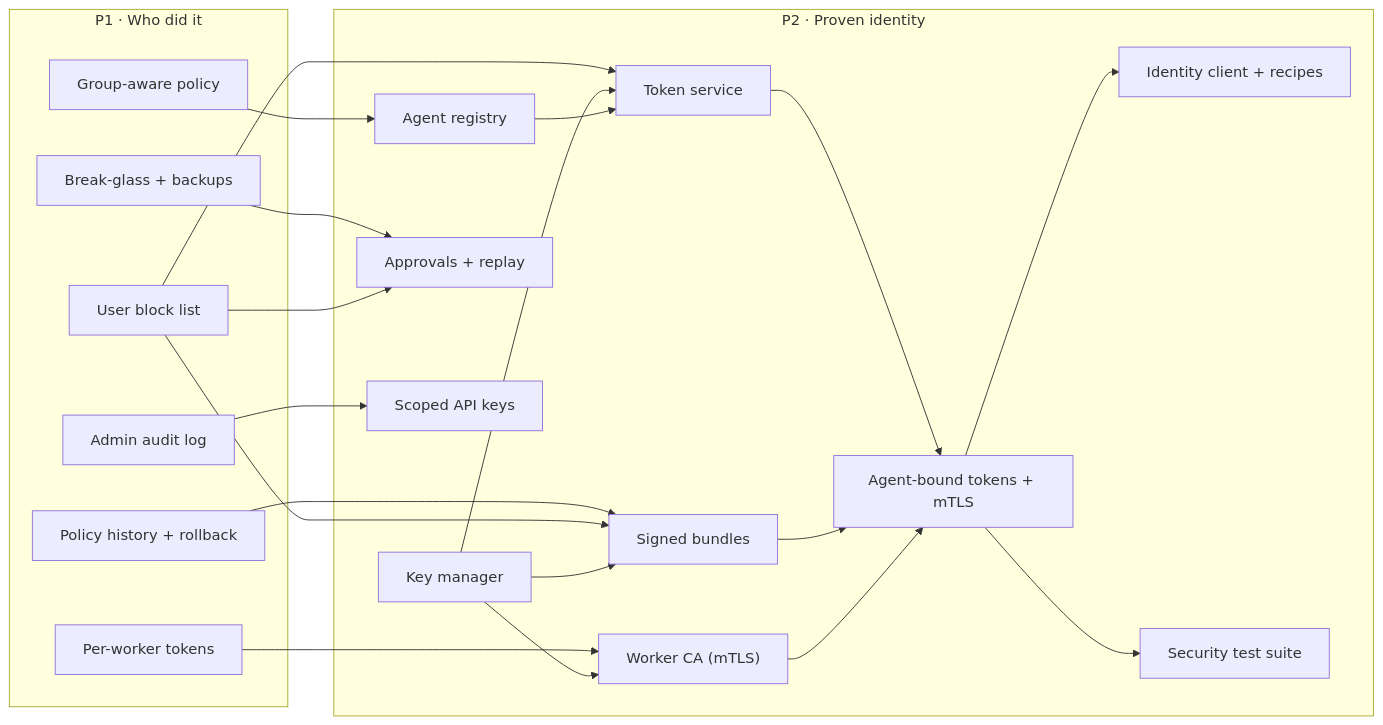
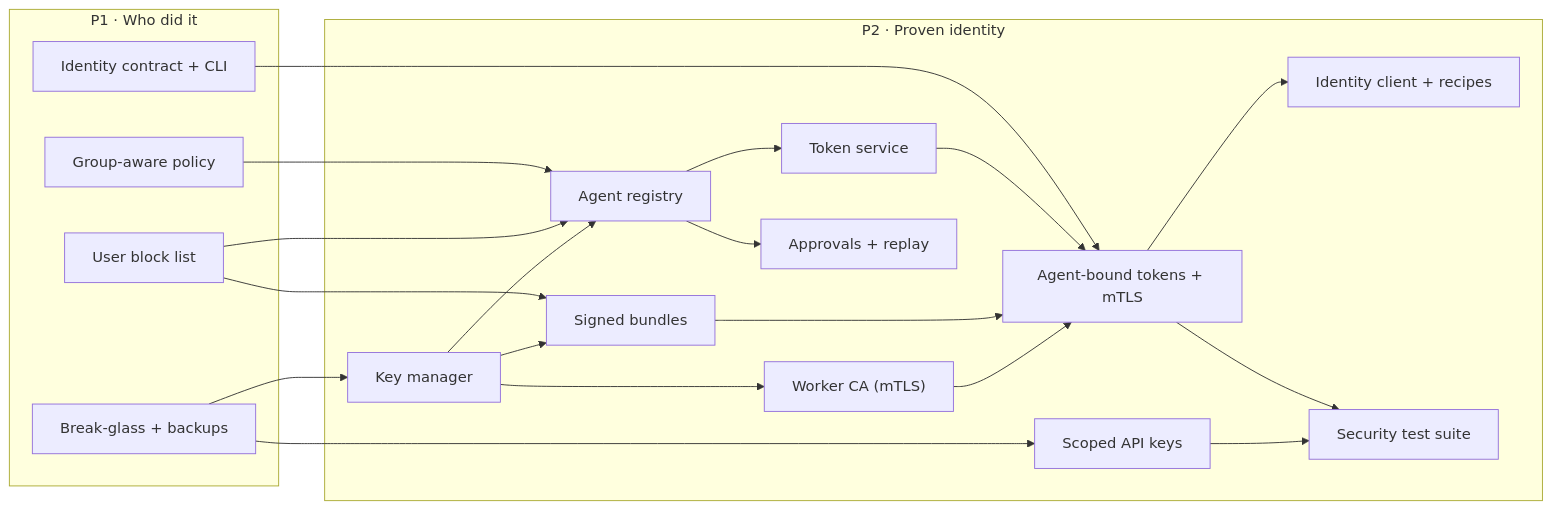
One commit to ethosagent/warden changed the second of 5 diagrams in docs/roadmap/README.md. Above: the diagram before and after it, drawn with Mermaid. The commit also changed other lines of this file and 22 other files, not shown here.

First line of the commit message:
docs(roadmap): review Phase 2 tickets with requirements, plans and acceptance

````diff
--- a/docs/roadmap/README.md
+++ b/docs/roadmap/README.md
@@ -89,40 +89,38 @@
 ```mermaid
 flowchart LR
   subgraph ph1["P1 · Who did it"]
-    p1_admin_audit["Admin audit log"]
-    p1_policy_history["Policy history + rollback"]
-    p1_worker_tokens["Per-worker tokens"]
+    p1_identity_contract["Identity contract + CLI"]
     p1_block_list["User block list"]
     p1_breakglass["Break-glass + backups"]
     p1_group_policy["Group-aware policy"]
   end
   subgraph ph2["P2 · Proven identity"]
+    p2_key_manager["Key manager"]
     p2_agent_registry["Agent registry"]
-    p2_key_manager["Key manager"]
     p2_token_service["Token service"]
     p2_worker_ca["Worker CA (mTLS)"]
     p2_signed_bundles["Signed bundles"]
     p2_approvals["Approvals + replay"]
     p2_api_keys["Scoped API keys"]
     p2_worker_bound["Agent-bound tokens + mTLS"]
     p2_recipes["Identity client + recipes"]
     p2_security_tests["Security test suite"]
   end
+  p1_breakglass --> p2_key_manager
   p1_group_policy --> p2_agent_registry
-  p1_block_list --> p2_token_service
-  p2_key_manager --> p2_token_service
+  p1_block_list --> p2_agent_registry
+  p2_key_manager --> p2_agent_registry
   p2_agent_registry --> p2_token_service
-  p1_worker_tokens --> p2_worker_ca
   p2_key_manager --> p2_worker_ca
-  p1_policy_history --> p2_signed_bundles
   p1_block_list --> p2_signed_bundles
   p2_key_manager --> p2_signed_bundles
-  p1_breakglass --> p2_approvals
-  p1_block_list --> p2_approvals
-  p1_admin_audit --> p2_api_keys
+  p2_agent_registry --> p2_approvals
+  p1_breakglass --> p2_api_keys
+  p1_identity_contract --> p2_worker_bound
   p2_token_service --> p2_worker_bound
   p2_signed_bundles --> p2_worker_bound
   p2_worker_ca --> p2_worker_bound
   p2_worker_bound --> p2_recipes
   p2_worker_bound --> p2_security_tests
+  p2_api_keys --> p2_security_tests
 ```
````
